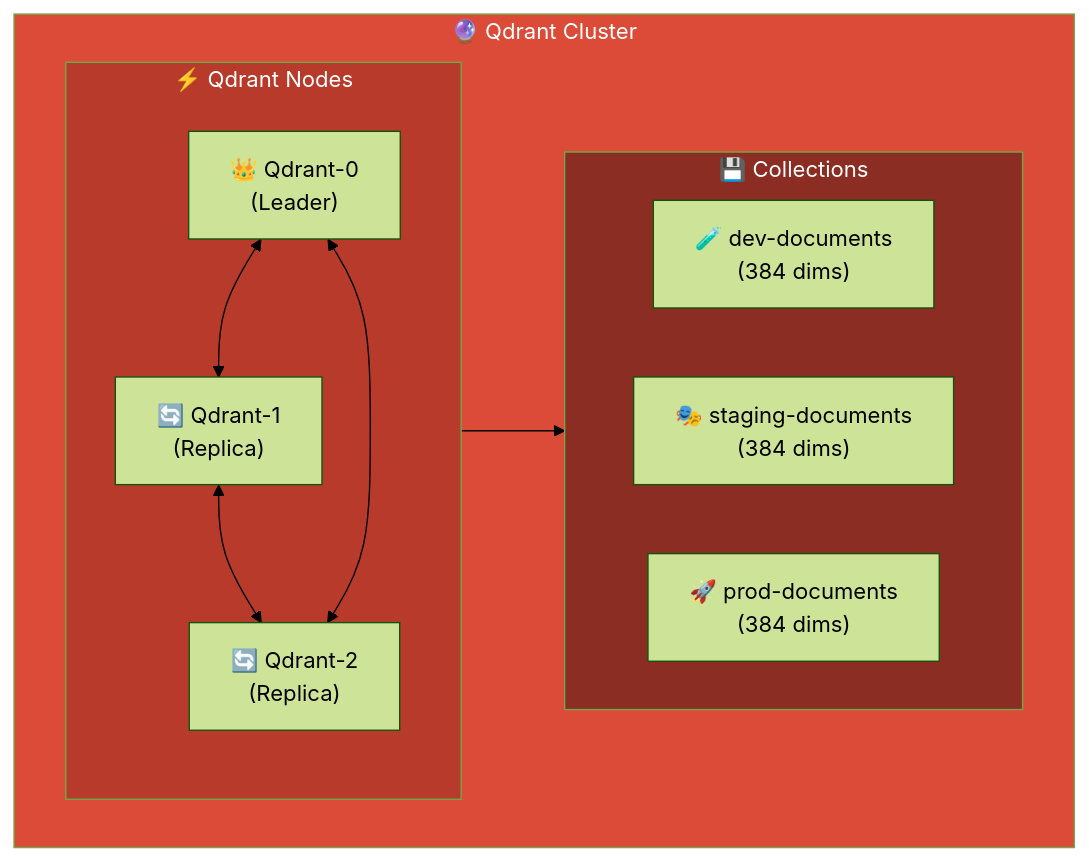
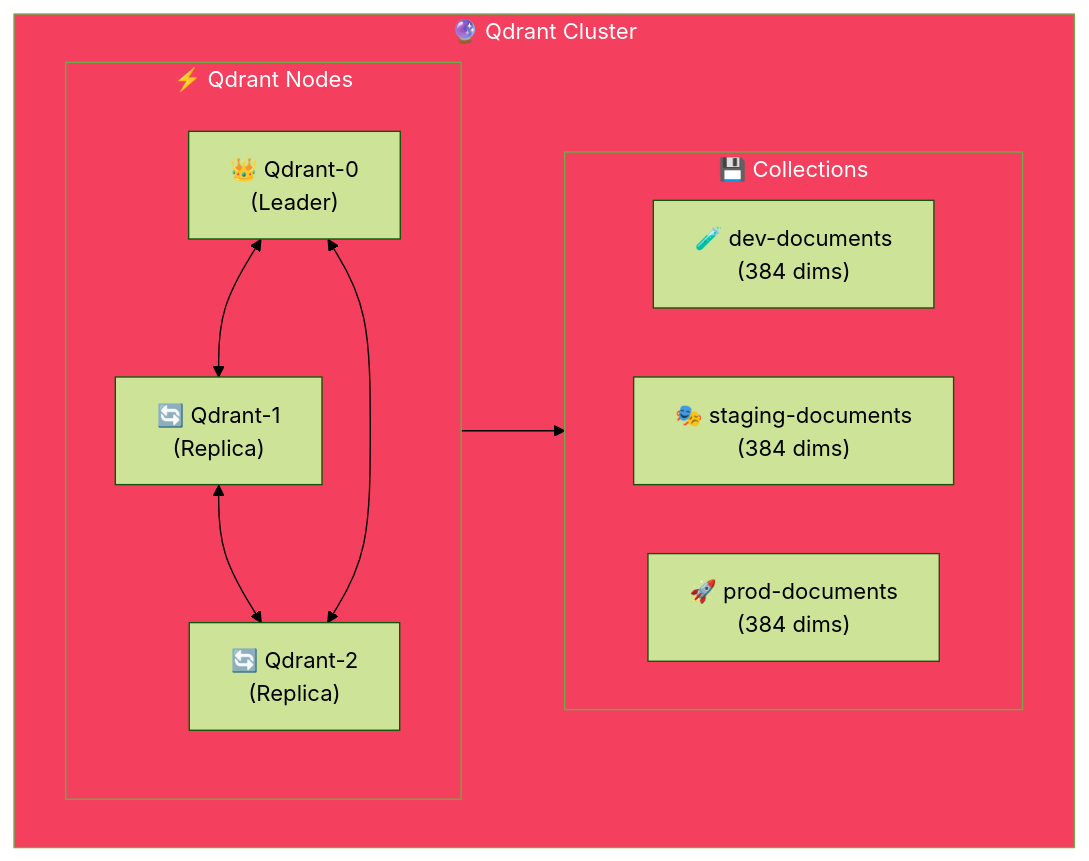
One commit to viktorrobin/bluerobin-blog changed the diagram in src/content/blog/qdrant-kubernetes-vector-search.mdx. Above: the diagram before and after it, drawn with Mermaid (forest theme). The commit also changed other lines of this file and 127 other files, not shown here.

````diff
--- a/src/content/blog/qdrant-kubernetes-vector-search.mdx
+++ b/src/content/blog/qdrant-kubernetes-vector-search.mdx
@@ -21,26 +46,28 @@
 ```mermaid
 flowchart TB
     subgraph Cluster["🔮 Qdrant Cluster"]
         subgraph Nodes["⚡ Qdrant Nodes"]
             Q0["👑 Qdrant-0\n(Leader)"]
             Q1["🔄 Qdrant-1\n(Replica)"]
             Q2["🔄 Qdrant-2\n(Replica)"]
             Q0 <--> Q1
             Q1 <--> Q2
             Q0 <--> Q2
         end
         
         Nodes --> Storage
         
         subgraph Storage["💾 Collections"]
             direction LR
             C1["🧪 dev-documents\n(384 dims)"]
             C2["🎭 staging-documents\n(384 dims)"]
             C3["🚀 prod-documents\n(384 dims)"]
         end
     end
 
-    style Cluster fill:#dc4a38,color:#fff
-    style Nodes fill:#b73a2b,color:#fff
-    style Storage fill:#8b2d22,color:#fff
+    classDef primary fill:#7c3aed,color:#fff
+    classDef secondary fill:#06b6d4,color:#fff
+    classDef db fill:#f43f5e,color:#fff
+    classDef warning fill:#fbbf24,color:#000
+    class Cluster,Nodes,Storage db
 ```
````
